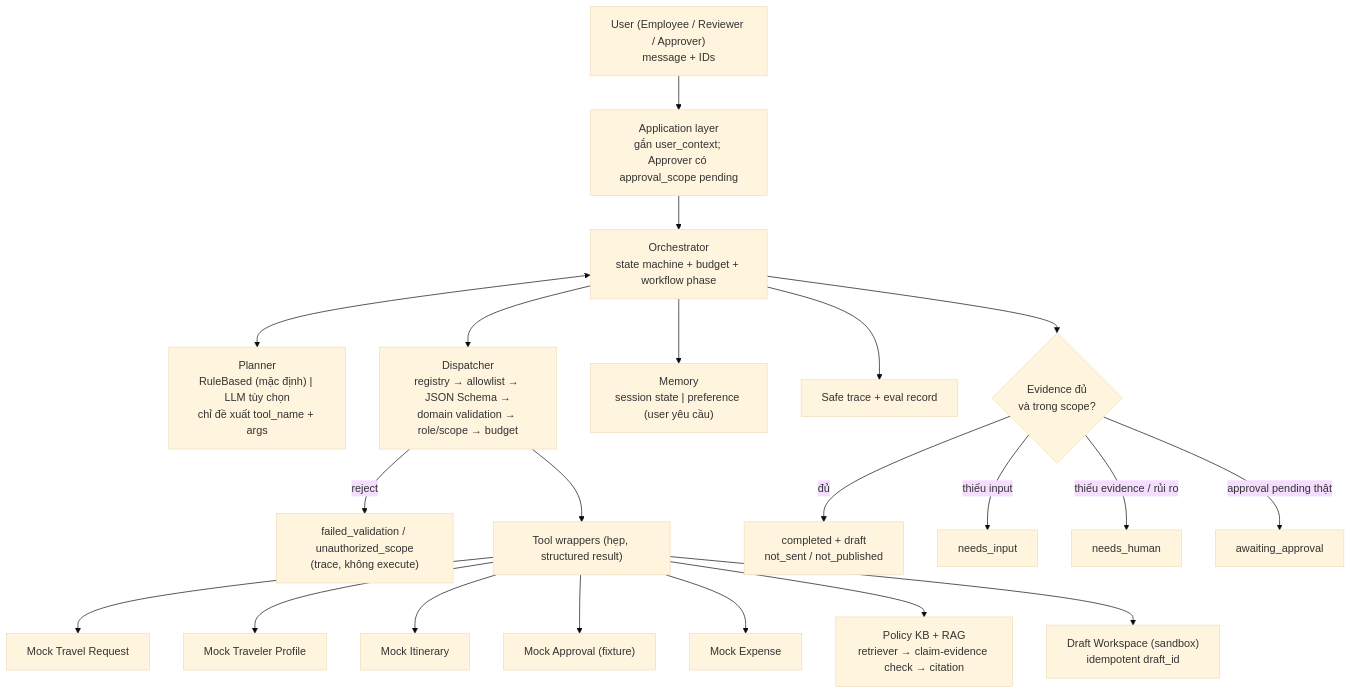
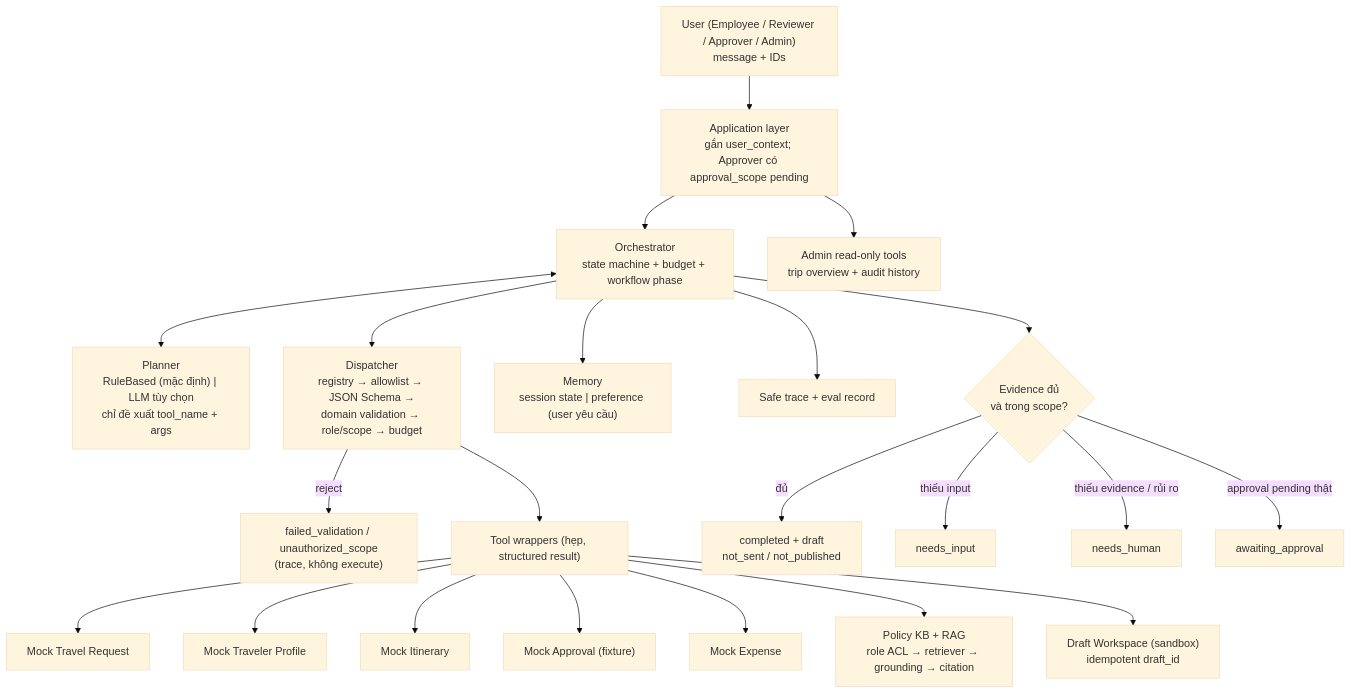
One commit to callmevuhuy/AI-Agent-Development-Mini-Project changed the first of 4 diagrams in Given Docs/ARCHITECTURE.md. Above: the diagram before and after it, drawn with Mermaid (base theme). The commit also changed other lines of this file and 105 other files, not shown here.

````diff
--- a/Given Docs/ARCHITECTURE.md
+++ b/Given Docs/ARCHITECTURE.md
@@ -6,23 +6,24 @@
 ```mermaid
 flowchart TD
-    U["User (Employee / Reviewer / Approver)<br/>message + IDs"] --> APP["Application layer<br/>gắn user_context; Approver có approval_scope pending"]
+    U["User (Employee / Reviewer / Approver / Admin)<br/>message + IDs"] --> APP["Application layer<br/>gắn user_context; Approver có approval_scope pending"]
     APP --> ORCH["Orchestrator<br/>state machine + budget + workflow phase"]
     ORCH <--> LLM["Planner<br/>RuleBased (mặc định) | LLM tùy chọn<br/>chỉ đề xuất tool_name + args"]
     ORCH --> DISP["Dispatcher<br/>registry → allowlist → JSON Schema →<br/>domain validation → role/scope → budget"]
     DISP -->|reject| REJ["failed_validation / unauthorized_scope<br/>(trace, không execute)"]
     DISP --> TOOLS["Tool wrappers (hẹp, structured result)"]
     TOOLS --> M1["Mock Travel Request"]
     TOOLS --> M2["Mock Traveler Profile"]
     TOOLS --> M3["Mock Itinerary"]
     TOOLS --> M4["Mock Approval (fixture)"]
     TOOLS --> M5["Mock Expense"]
-    TOOLS --> RAG["Policy KB + RAG<br/>retriever → claim-evidence check → citation"]
+    TOOLS --> RAG["Policy KB + RAG<br/>role ACL → retriever → grounding → citation"]
     TOOLS --> DW["Draft Workspace (sandbox)<br/>idempotent draft_id"]
     ORCH --> MEM["Memory<br/>session state | preference (user yêu cầu)"]
     ORCH --> TR["Safe trace + eval record"]
+    APP --> ADMIN["Admin read-only tools<br/>trip overview + audit history"]
     ORCH --> OUT{"Evidence đủ<br/>và trong scope?"}
     OUT -->|đủ| DONE["completed + draft<br/>not_sent / not_published"]
     OUT -->|thiếu input| NI["needs_input"]
     OUT -->|thiếu evidence / rủi ro| NH["needs_human"]
     OUT -->|approval pending thật| AA["awaiting_approval"]
 ```
````
